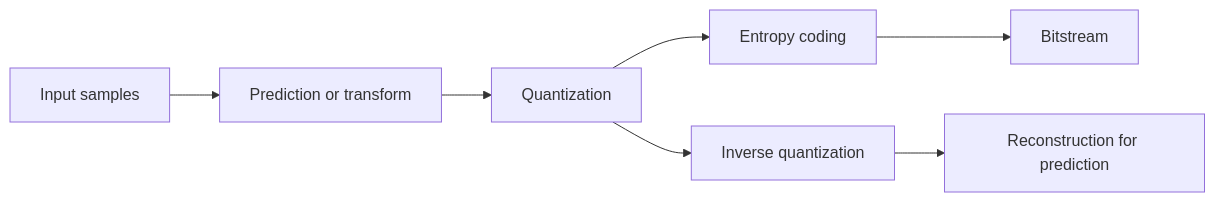
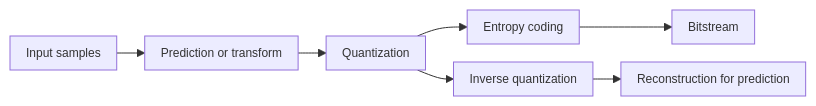
Before and after one commit to alessandro-vulcu-code/ICT2025: the first of 31 diagrams in First Year/Second Semester/Multimedia Communications/Summaries/Multimedia Communications - Complete Notes.md, drawn with Mermaid. The commit also changed other lines of this file and 582 other files, not shown here.

````diff
--- a/First Year/Second Semester/Multimedia Communications/Summaries/Multimedia Communications - Complete Notes.md
+++ b/First Year/Second Semester/Multimedia Communications/Summaries/Multimedia Communications - Complete Notes.md
@@ -408,9 +424,10 @@
 ```mermaid
+%%{init: {"flowchart": {"useMaxWidth": true, "htmlLabels": false, "nodeSpacing": 18, "rankSpacing": 28, "padding": 8}, "themeVariables": {"fontSize": "12px"}}}%%
 flowchart LR
-    A[Input samples] --> B[Prediction or transform]
-    B --> C[Quantization]
-    C --> D[Entropy coding]
-    D --> E[Bitstream]
-    C --> F[Inverse quantization]
-    F --> G[Reconstruction for prediction]
+    A["Input samples"] --> B["Prediction or transform"]
+    B --> C["Quantization"]
+    C --> D["Entropy coding"]
+    D --> E["Bitstream"]
+    C --> F["Inverse quantization"]
+    F --> G["Reconstruction for prediction"]
 ```
````
